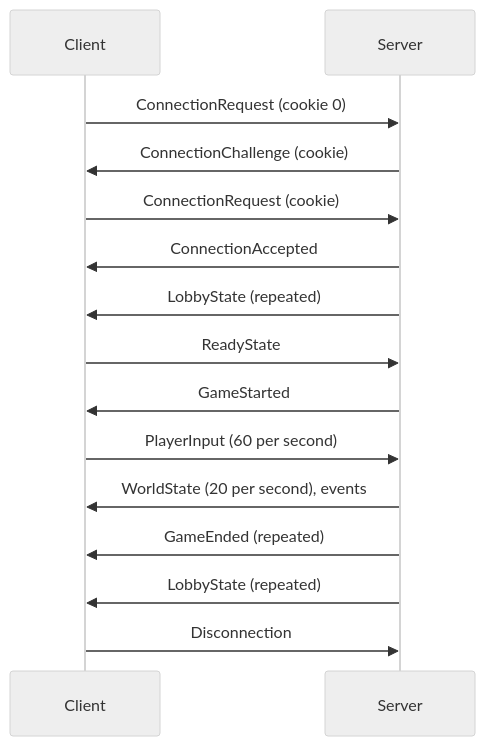
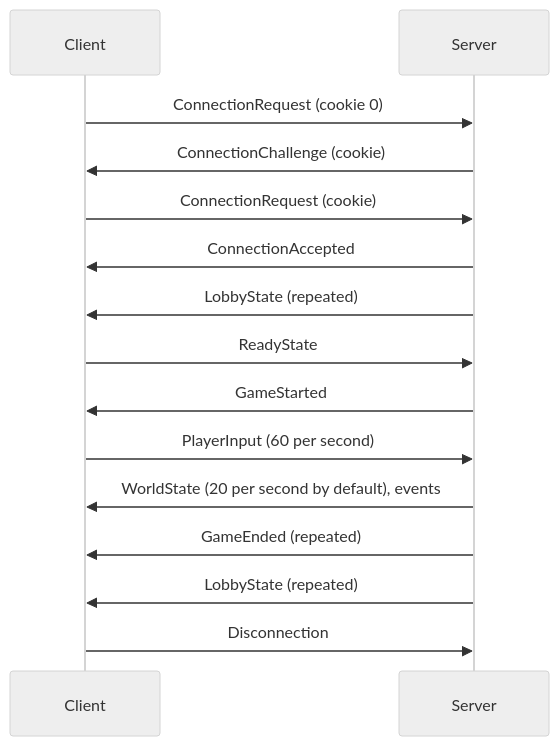
Before and after one commit to nique-epi/R-Type: the diagram in docs/src/content/docs/protocol.mdx, drawn with Mermaid (neutral theme). The commit also changed other lines of this file and 5 other files, not shown here.

````diff
--- a/docs/src/content/docs/protocol.mdx
+++ b/docs/src/content/docs/protocol.mdx
@@ -235,19 +235,19 @@
 ```mermaid
 sequenceDiagram
   accTitle: Messages of one session
   accDescr: The client asks to connect, receives a challenge, asks again with the cookie and is accepted. The server repeats the lobby state until every player is ready, then starts the game. During the game the client sends its inputs and the server sends world states and events. When no player has a life left the server repeats the end of the game, then the lobby state again.
   participant C as Client
   participant S as Server
   C->>S: ConnectionRequest (cookie 0)
   S->>C: ConnectionChallenge (cookie)
   C->>S: ConnectionRequest (cookie)
   S->>C: ConnectionAccepted
   S->>C: LobbyState (repeated)
   C->>S: ReadyState
   S->>C: GameStarted
   C->>S: PlayerInput (60 per second)
-  S->>C: WorldState (20 per second), events
+  S->>C: WorldState (20 per second by default), events
   S->>C: GameEnded (repeated)
   S->>C: LobbyState (repeated)
   C->>S: Disconnection
 ```
````
